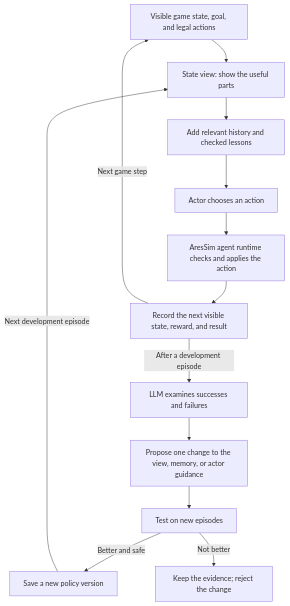
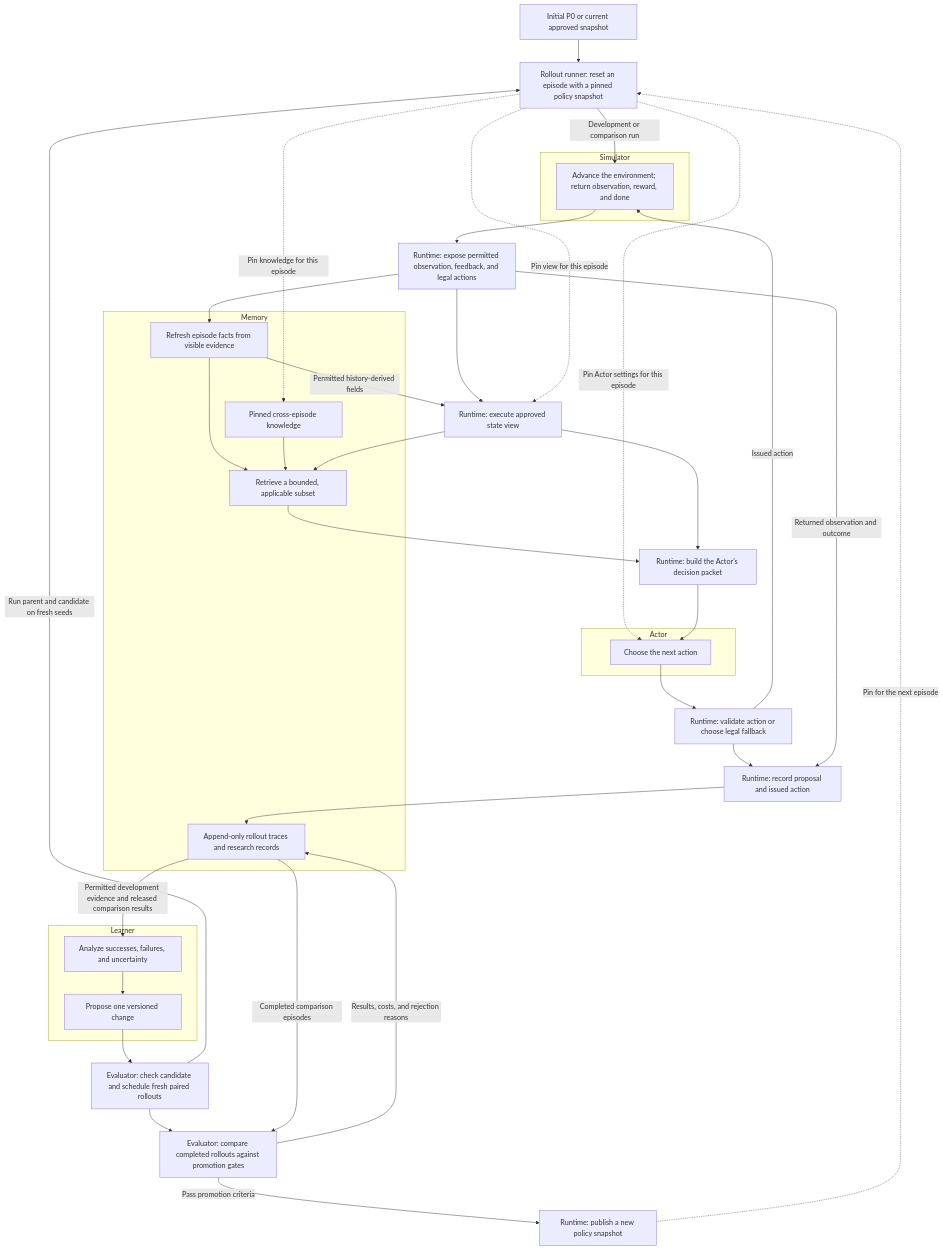
Before and after one commit to shanmukh05/AresSim: the diagram in docs/llm/experience_driven_llm_agent_learning_plan.md, drawn with Mermaid. The commit also changed other lines of this file and 161 other files, not shown here.

````diff
--- a/docs/llm/experience_driven_llm_agent_learning_plan.md
+++ b/docs/llm/experience_driven_llm_agent_learning_plan.md
@@ -23,15 +37,48 @@
 ```mermaid
 flowchart TD
-    A["Visible game state, goal, and legal actions"] --> B["State view: show the useful parts"]
-    B --> C["Add relevant history and checked lessons"]
-    C --> D["Actor chooses an action"]
-    D --> E["AresSim agent runtime checks and applies the action"]
-    E --> F["Record the next visible state, reward, and result"]
-    F -->|Next game step| A
-    F -->|After a development episode| G["LLM examines successes and failures"]
-    G --> H["Propose one change to the view, memory, or actor guidance"]
-    H --> I["Test on new episodes"]
-    I -->|Better and safe| J["Save a new policy version"]
-    I -->|Not better| K["Keep the evidence; reject the change"]
-    J -->|Next development episode| B
+    I["Initial P0 or current approved snapshot"] --> R
+    R["Rollout runner: reset an episode with a pinned policy snapshot"] -->|Development or comparison run| S
+    subgraph Simulator["Simulator"]
+        S["Advance the environment; return observation, reward, and done"]
+    end
+    S --> O["Runtime: expose permitted observation, feedback, and legal actions"]
+    O --> V["Runtime: execute approved state view"]
+    O --> W
+    subgraph Memory["Memory"]
+        W["Refresh episode facts from visible evidence"]
+        K["Pinned cross-episode knowledge"]
+        Q["Retrieve a bounded, applicable subset"]
+        H["Append-only rollout traces and research records"]
+    end
+    R -.->|Pin view for this episode| V
+    R -.->|Pin knowledge for this episode| K
+    W -->|Permitted history-derived fields| V
+    W --> Q
+    K --> Q
+    V --> Q
+    V --> P["Runtime: build the Actor's decision packet"]
+    Q --> P
+    subgraph Actor["Actor"]
+        A["Choose the next action"]
+    end
+    R -.->|Pin Actor settings for this episode| A
+    P --> A
+    A --> X["Runtime: validate action or choose legal fallback"]
+    X -->|Issued action| S
+    X --> T["Runtime: record proposal and issued action"]
+    O -->|Returned observation and outcome| T
+    T --> H
+    H -->|Permitted development evidence and released comparison results| L
+    subgraph Learner["Learner"]
+        L["Analyze successes, failures, and uncertainty"]
+        C["Propose one versioned change"]
+        L --> C
+    end
+    C --> E["Evaluator: check candidate and schedule fresh paired rollouts"]
+    E -->|Run parent and candidate on fresh seeds| R
+    E --> G["Evaluator: compare completed rollouts against promotion gates"]
+    H -->|Completed comparison episodes| G
+    G -->|Results, costs, and rejection reasons| H
+    G -->|Pass promotion criteria| PUB["Runtime: publish a new policy snapshot"]
+    PUB -.->|Pin for the next episode| R
 ```
````
